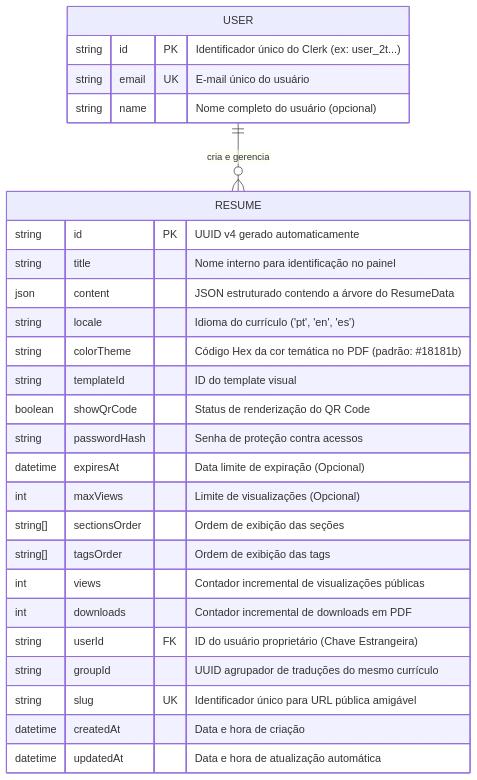
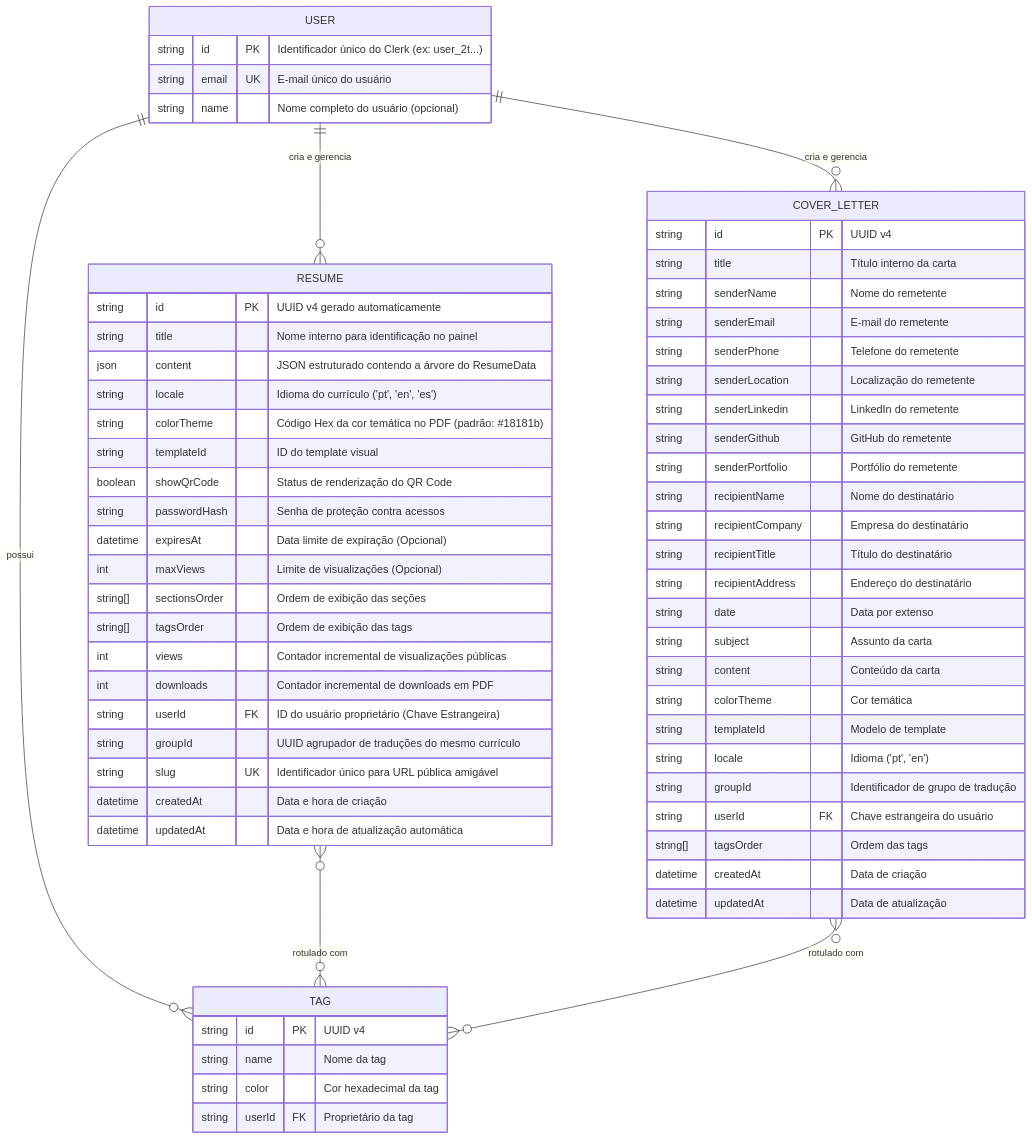
The diagram in docs/database.md (gui-bus/Lume), drawn with Mermaid before and after one commit. The commit also changed 6 other files, not shown here.

Commit message:
docs: update readme and project architecture documentation

````diff
--- a/docs/database.md
+++ b/docs/database.md
@@ -29,32 +29,70 @@
 ```mermaid
 erDiagram
     USER ||--o{ RESUME : "cria e gerencia"
+    USER ||--o{ COVER_LETTER : "cria e gerencia"
+    USER ||--o{ TAG : "possui"
+    RESUME }o--o{ TAG : "rotulado com"
+    COVER_LETTER }o--o{ TAG : "rotulado com"
 
     USER {
         string id PK "Identificador único do Clerk (ex: user_2t...)"
         string email UK "E-mail único do usuário"
         string name "Nome completo do usuário (opcional)"
     }
 
     RESUME {
         string id PK "UUID v4 gerado automaticamente"
         string title "Nome interno para identificação no painel"
         json content "JSON estruturado contendo a árvore do ResumeData"
         string locale "Idioma do currículo ('pt', 'en', 'es')"
         string colorTheme "Código Hex da cor temática no PDF (padrão: #18181b)"
         string templateId "ID do template visual"
         boolean showQrCode "Status de renderização do QR Code"
         string passwordHash "Senha de proteção contra acessos"
         datetime expiresAt "Data limite de expiração (Opcional)"
         int maxViews "Limite de visualizações (Opcional)"
         string[] sectionsOrder "Ordem de exibição das seções"
         string[] tagsOrder "Ordem de exibição das tags"
         int views "Contador incremental de visualizações públicas"
         int downloads "Contador incremental de downloads em PDF"
         string userId FK "ID do usuário proprietário (Chave Estrangeira)"
         string groupId "UUID agrupador de traduções do mesmo currículo"
         string slug UK "Identificador único para URL pública amigável"
         datetime createdAt "Data e hora de criação"
         datetime updatedAt "Data e hora de atualização automática"
     }
+
+    COVER_LETTER {
+        string id PK "UUID v4"
+        string title "Título interno da carta"
+        string senderName "Nome do remetente"
+        string senderEmail "E-mail do remetente"
+        string senderPhone "Telefone do remetente"
+        string senderLocation "Localização do remetente"
+        string senderLinkedin "LinkedIn do remetente"
+        string senderGithub "GitHub do remetente"
+        string senderPortfolio "Portfólio do remetente"
+        string recipientName "Nome do destinatário"
+        string recipientCompany "Empresa do destinatário"
+        string recipientTitle "Título do destinatário"
+        string recipientAddress "Endereço do destinatário"
+        string date "Data por extenso"
+        string subject "Assunto da carta"
+        string content "Conteúdo da carta"
+        string colorTheme "Cor temática"
+        string templateId "Modelo de template"
+        string locale "Idioma ('pt', 'en')"
+        string groupId "Identificador de grupo de tradução"
+        string userId FK "Chave estrangeira do usuário"
+        string[] tagsOrder "Ordem das tags"
+        datetime createdAt "Data de criação"
+        datetime updatedAt "Data de atualização"
+    }
+
+    TAG {
+        string id PK "UUID v4"
+        string name "Nome da tag"
+        string color "Cor hexadecimal da tag"
+        string userId FK "Proprietário da tag"
+    }
 ```
````
